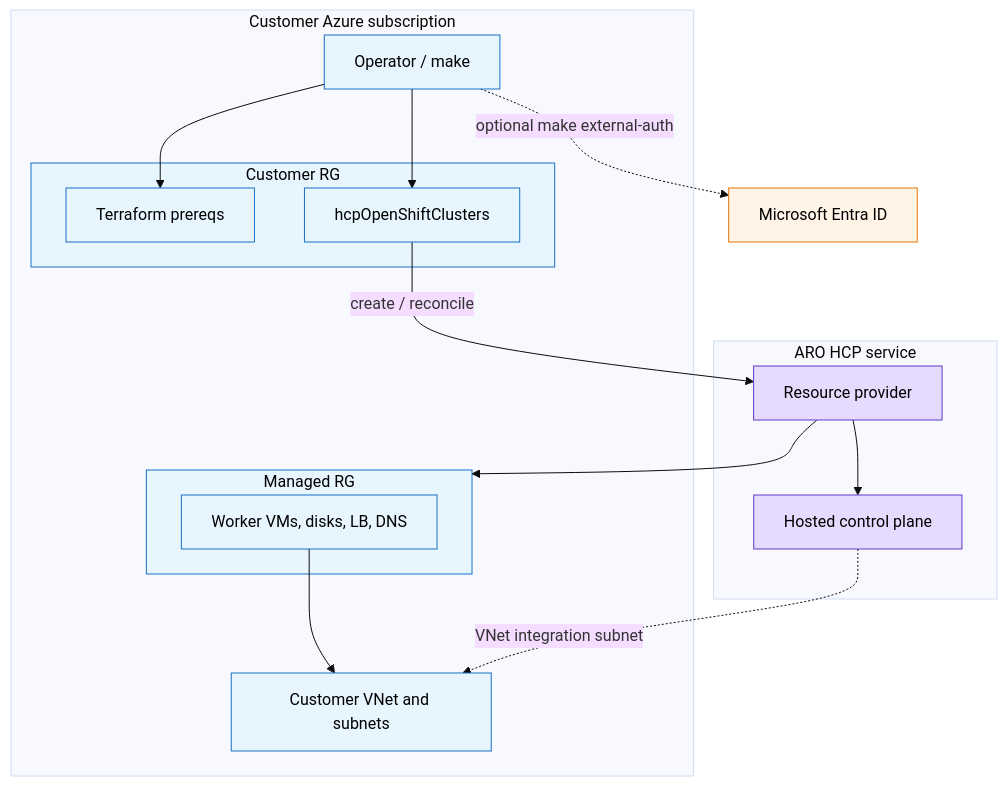
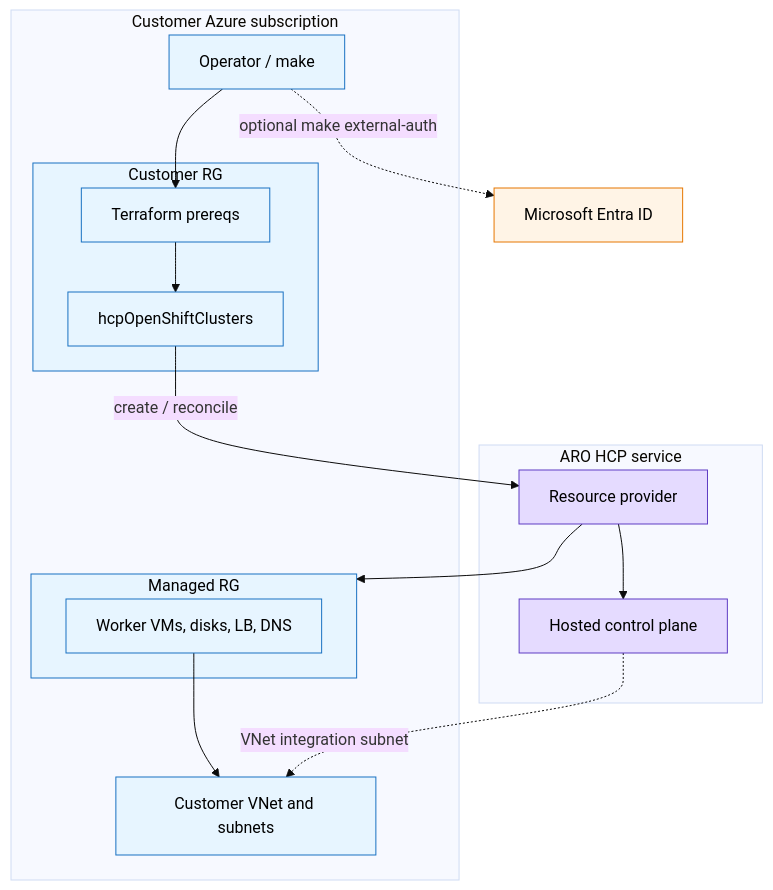
One commit to rh-mobb/aro-hcp changed the first of 12 diagrams in docs/architecture.md. Above: the diagram before and after it, drawn with Mermaid (base theme). The commit also changed other lines of this file and 18 other files, not shown here.

````diff
--- a/docs/architecture.md
+++ b/docs/architecture.md
@@ -38,37 +38,37 @@
 ```mermaid
 flowchart TB
     subgraph customer["Customer Azure subscription"]
         operator["Operator / make"]
         subgraph custRg["Customer RG"]
             prereqs["Terraform prereqs"]
             armCluster["hcpOpenShiftClusters"]
         end
         subgraph mrg["Managed RG"]
             workers["Worker VMs, disks, LB, DNS"]
         end
         vnet["Customer VNet and subnets"]
     end
 
     subgraph service["ARO HCP service"]
         rp["Resource provider"]
         hcp["Hosted control plane"]
     end
 
     entra["Microsoft Entra ID"]
 
     operator --> prereqs
-    operator --> armCluster
+    prereqs --> armCluster
     armCluster -->|"create / reconcile"| rp
     rp --> hcp
     rp --> mrg
     workers --> vnet
     hcp -.->|"VNet integration subnet"| vnet
     operator -.->|"optional make external-auth"| entra
 
     classDef fillCust fill:#e7f5ff,stroke:#1971c2,color:#000
     classDef fillSvc fill:#e5dbff,stroke:#5f3dc4,color:#000
     classDef fillOpt fill:#fff4e6,stroke:#e67700,color:#000
     class operator,custRg,mrg,vnet,prereqs,armCluster,workers fillCust
     class rp,hcp fillSvc
     class entra fillOpt
 ```
````
